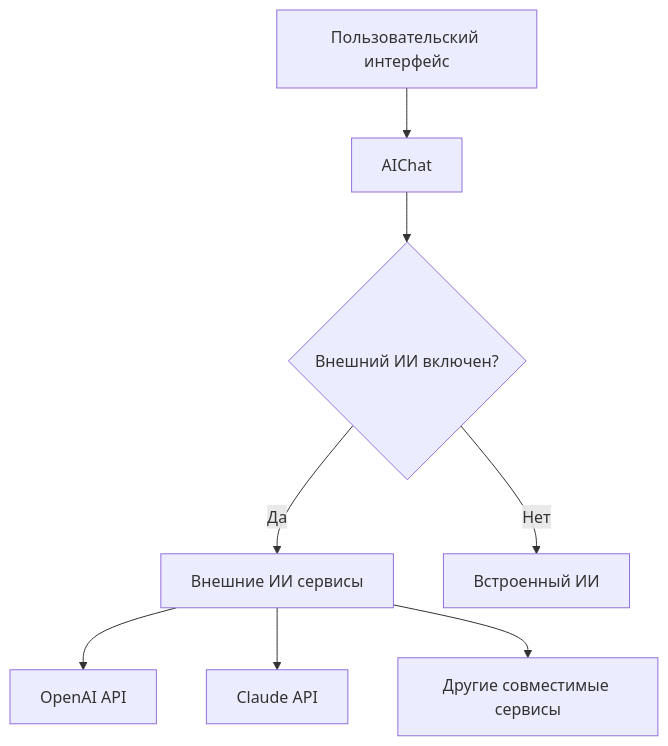
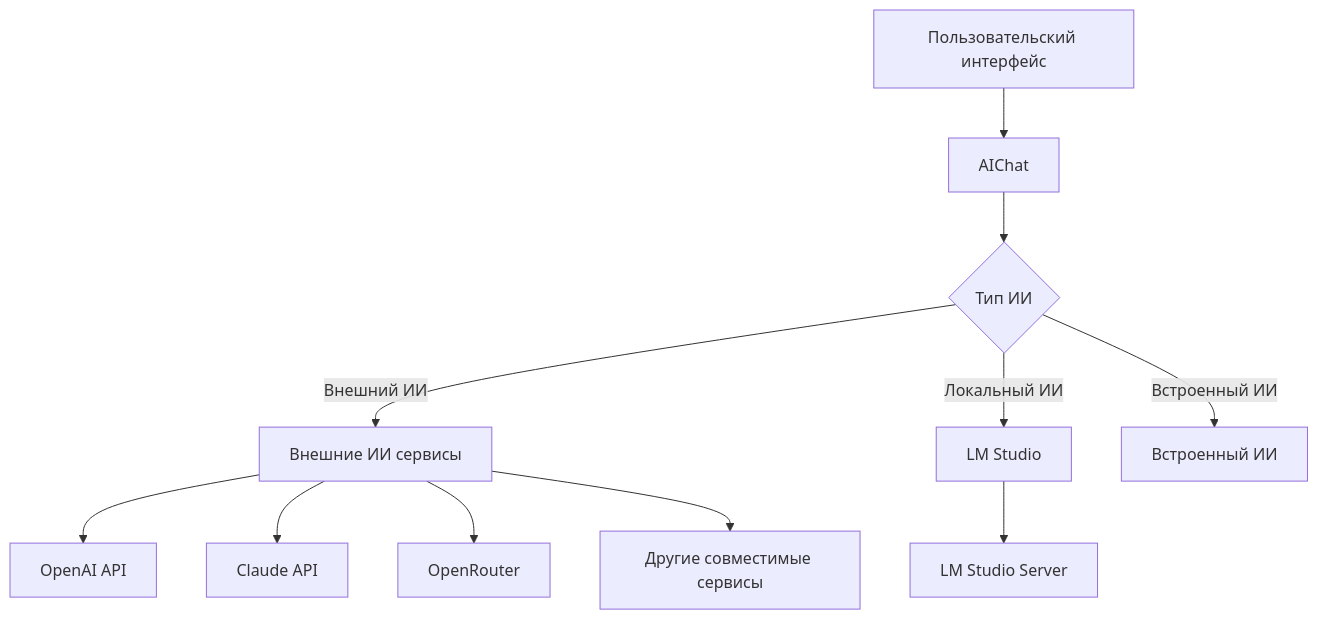
Before and after one commit to denisegorov2017-blip/-: the diagram in .qoder/quests/unknown-task-1756507053.md, drawn with Mermaid. The commit also changed other lines of this file and 20 other files, not shown here.

````diff
--- a/.qoder/quests/unknown-task-1756507053.md
+++ b/.qoder/quests/unknown-task-1756507053.md
@@ -11,10 +11,13 @@
 ```mermaid
 graph TD
     A[Пользовательский интерфейс] --> B[AIChat]
-    B --> C{Внешний ИИ включен?}
-    C -->|Да| D[Внешние ИИ сервисы]
-    C -->|Нет| E[Встроенный ИИ]
-    D --> F[OpenAI API]
-    D --> G[Claude API]
-    D --> H[Другие совместимые сервисы]
+    B --> C{Тип ИИ}
+    C -->|Внешний ИИ| D[Внешние ИИ сервисы]
+    C -->|Локальный ИИ| E[LM Studio]
+    C -->|Встроенный ИИ| F[Встроенный ИИ]
+    D --> G[OpenAI API]
+    D --> H[Claude API]
+    D --> I[OpenRouter]
+    D --> J[Другие совместимые сервисы]
+    E --> K[LM Studio Server]
 ```
````
